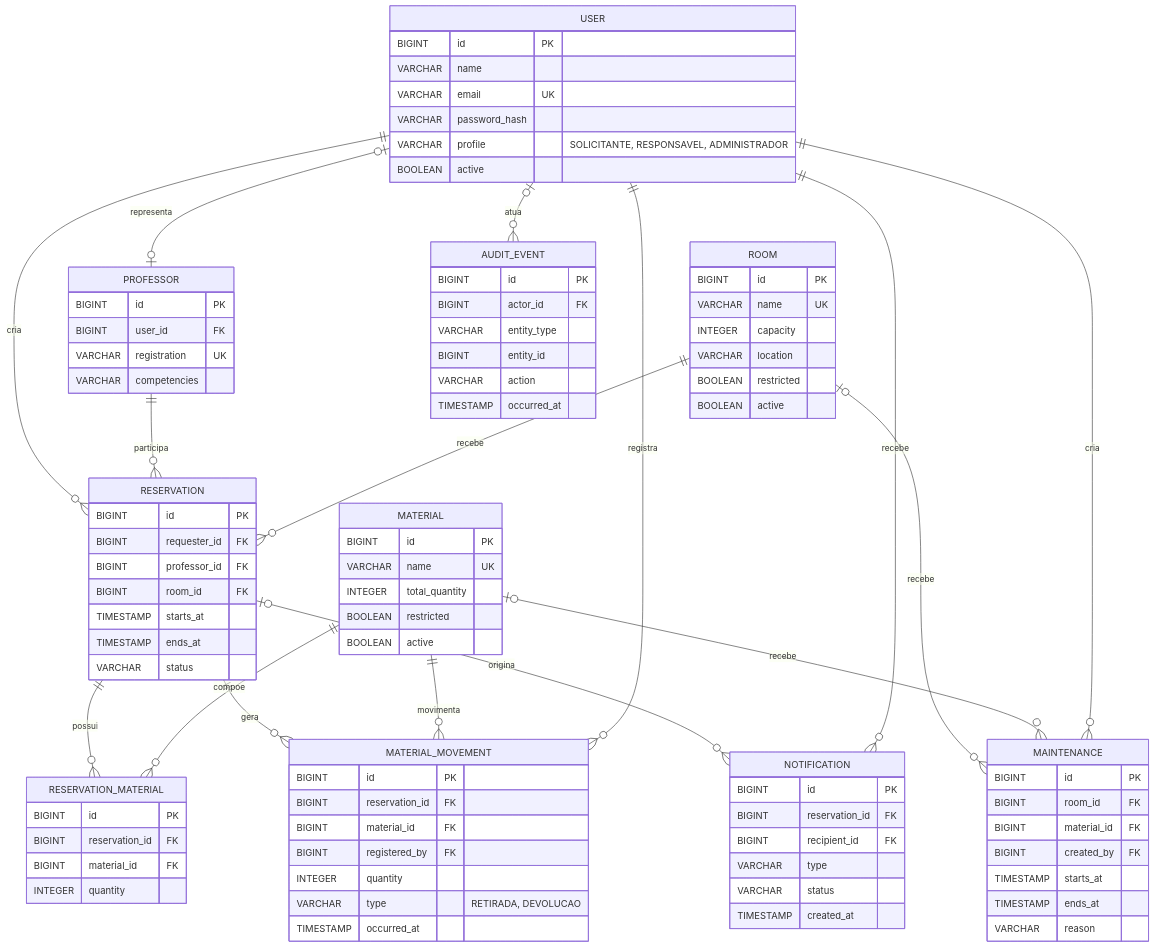
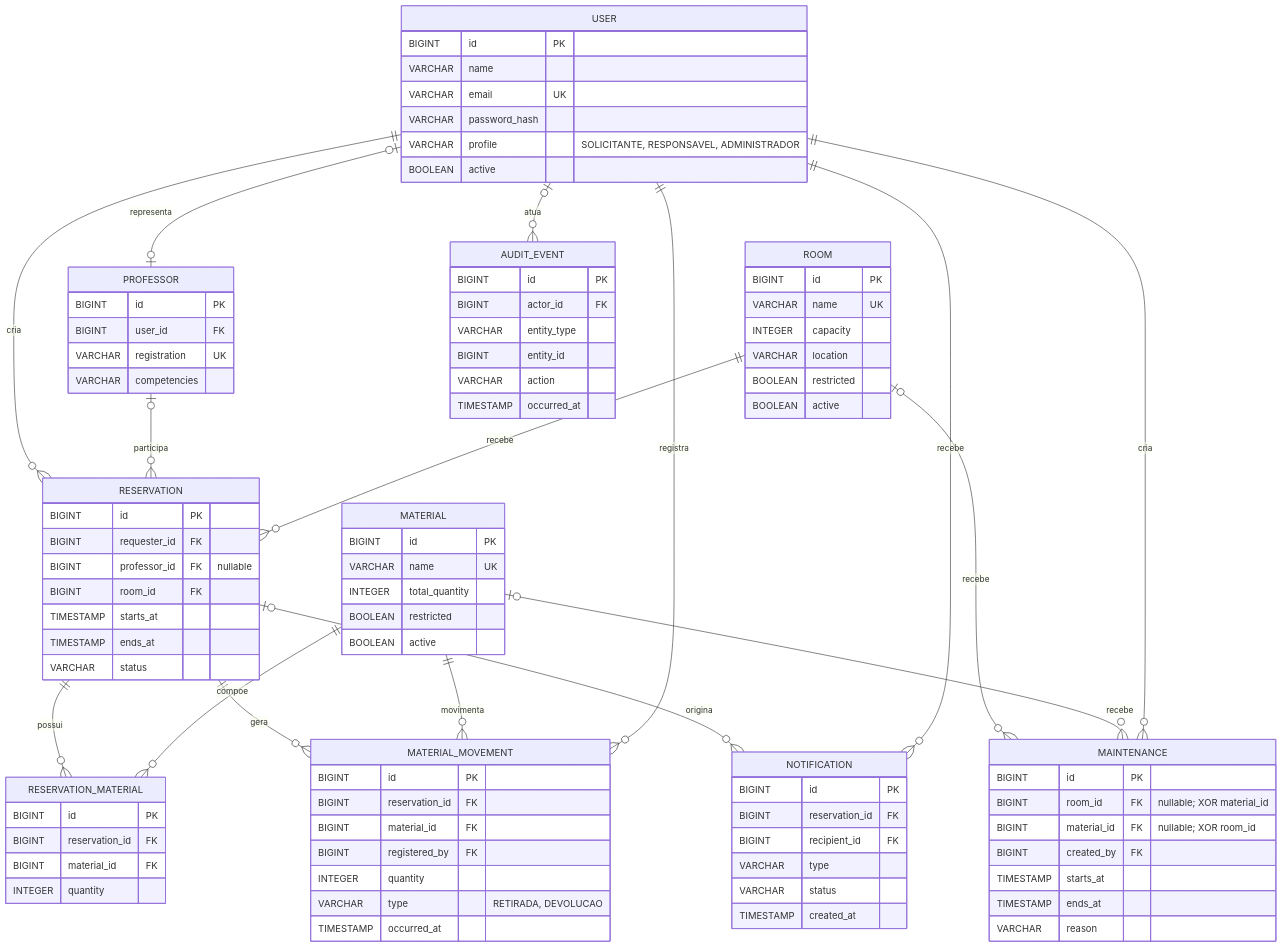
Before and after one commit to pedrobertanhi/gerenciadordesalas: the third of 3 diagrams in docs/diagramas/DIAGRAMAS.md, drawn with Mermaid.

Commit message:
docs(diagramas): explicita professor opcional e manutencao XOR (#3)

```diff
--- a/docs/diagramas/DIAGRAMAS.md
+++ b/docs/diagramas/DIAGRAMAS.md
@@ -59,7 +59,7 @@
 erDiagram
     USER ||--o{ RESERVATION : cria
     USER o|--o| PROFESSOR : representa
-    PROFESSOR ||--o{ RESERVATION : participa
+    PROFESSOR o|--o{ RESERVATION : participa
     ROOM ||--o{ RESERVATION : recebe
 
     RESERVATION ||--o{ RESERVATION_MATERIAL : possui
@@ -67,6 +67,7 @@
 
     ROOM o|--o{ MAINTENANCE : recebe
     MATERIAL o|--o{ MAINTENANCE : recebe
+    %% Constraint: MAINTENANCE references exactly one resource: room_id XOR material_id.
     USER ||--o{ MAINTENANCE : cria
 
     RESERVATION ||--o{ MATERIAL_MOVEMENT : gera
@@ -113,7 +114,7 @@
     RESERVATION {
         BIGINT id PK
         BIGINT requester_id FK
-        BIGINT professor_id FK
+        BIGINT professor_id FK "nullable"
         BIGINT room_id FK
         TIMESTAMP starts_at
         TIMESTAMP ends_at
@@ -129,8 +130,8 @@
 
     MAINTENANCE {
         BIGINT id PK
-        BIGINT room_id FK
-        BIGINT material_id FK
+        BIGINT room_id FK "nullable; XOR material_id"
+        BIGINT material_id FK "nullable; XOR room_id"
         BIGINT created_by FK
         TIMESTAMP starts_at
         TIMESTAMP ends_at
```
